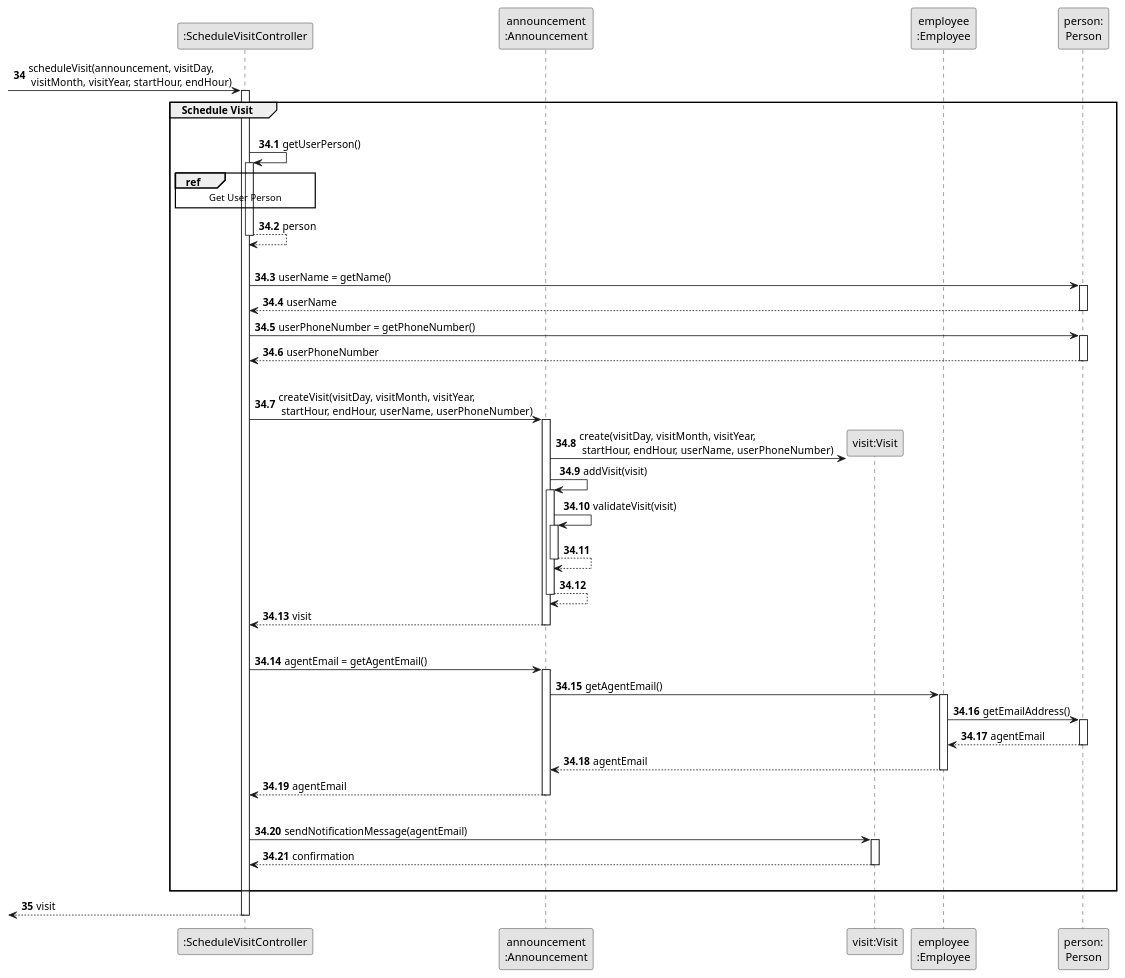
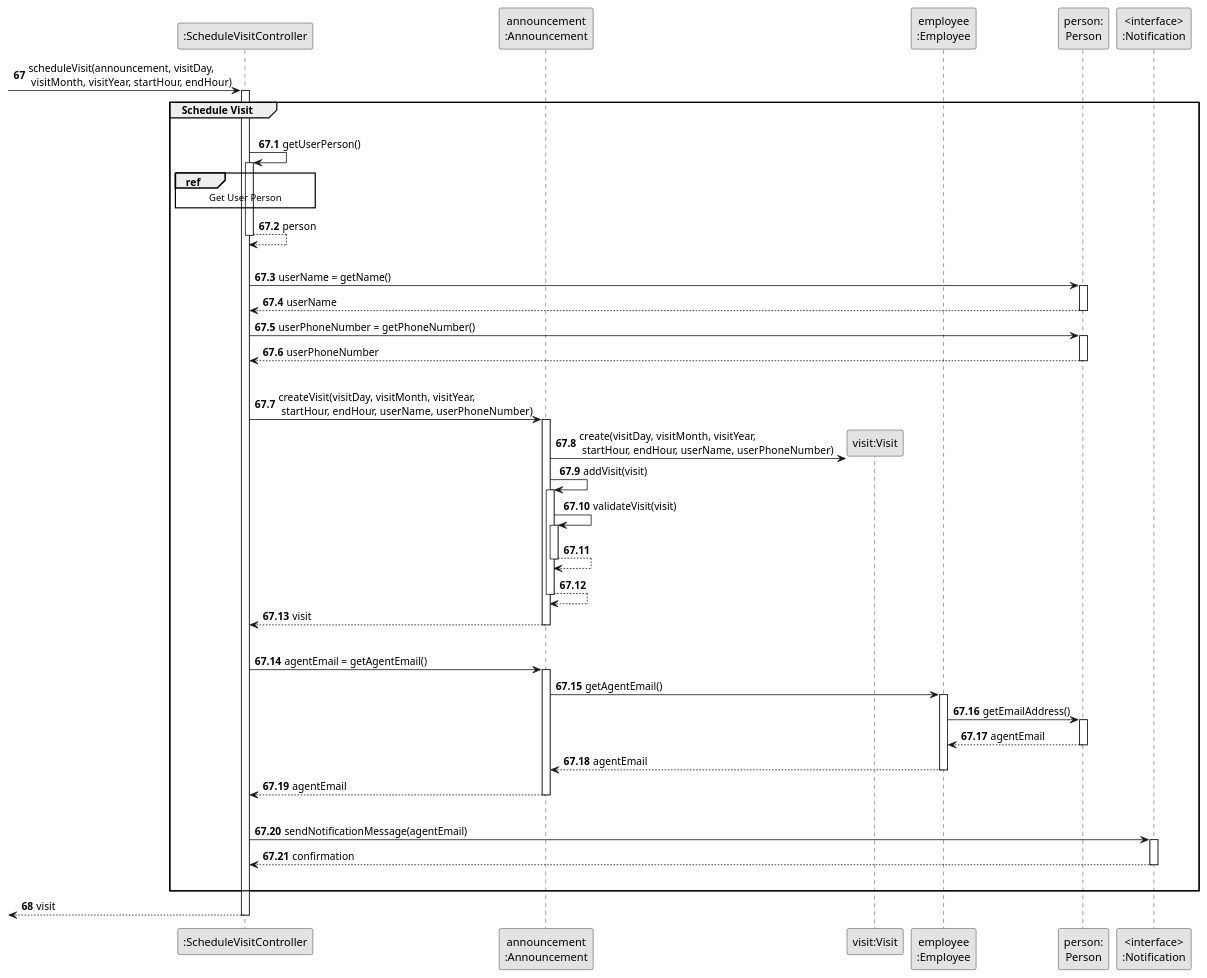
One commit to rita-barbosa/LAPR2-2223 changed the diagram in docs/sprintD/us009/03.design/puml/us009-sequence-diagram-partial-schedule-visit.puml. Above: the diagram before and after it, drawn with PlantUML. The commit also changed 20 other files, not shown here.

```diff
--- a/docs/sprintD/us009/03.design/puml/us009-sequence-diagram-partial-schedule-visit.puml
+++ b/docs/sprintD/us009/03.design/puml/us009-sequence-diagram-partial-schedule-visit.puml
@@ -1,93 +1,94 @@
 @startuml
 skinparam monochrome true
 skinparam packageStyle rectangle
 skinparam shadowing false
 
 participant ":ScheduleVisitController" as CTRL
 participant "announcement\n:Announcement" as ANNOUNCE
 participant "visit:Visit" as VST
 participant "employee\n:Employee" as EMP
 participant "person:\nPerson" as PERSON
+participant "<interface>\n:Notification" as NOTIFICATION
 
 
-autonumber 34
+autonumber 67
 
     -> CTRL : scheduleVisit(announcement, visitDay,\n visitMonth, visitYear, startHour, endHour)
     activate CTRL
 
-    autonumber 34.1
+    autonumber 67.1
 
     group Schedule Visit
    |||
            CTRL -> CTRL : getUserPerson()
            activate CTRL
                ref over CTRL
                    Get User Person
                end ref
                CTRL --> CTRL : person
            deactivate CTRL
 |||
     CTRL -> PERSON : userName = getName()
     activate PERSON
 
         PERSON --> CTRL : userName
     deactivate PERSON
 
 
     CTRL -> PERSON : userPhoneNumber = getPhoneNumber()
     activate PERSON
 
         PERSON --> CTRL : userPhoneNumber
     deactivate PERSON
 |||
     CTRL -> ANNOUNCE : createVisit(visitDay, visitMonth, visitYear,\n startHour, endHour, userName, userPhoneNumber)
     activate ANNOUNCE
 
     ANNOUNCE -> VST** : create(visitDay, visitMonth, visitYear,\n startHour, endHour, userName, userPhoneNumber)
 
      ANNOUNCE -> ANNOUNCE : addVisit(visit)
      activate ANNOUNCE
 
      ANNOUNCE -> ANNOUNCE : validateVisit(visit)
      activate ANNOUNCE
 
         ANNOUNCE --> ANNOUNCE
      deactivate ANNOUNCE
 
      ANNOUNCE --> ANNOUNCE
      deactivate ANNOUNCE
 
         ANNOUNCE --> CTRL : visit
     deactivate ANNOUNCE
 |||
     CTRL -> ANNOUNCE: agentEmail = getAgentEmail()
     activate ANNOUNCE
 
     ANNOUNCE -> EMP : getAgentEmail()
     activate EMP
 
     EMP -> PERSON : getEmailAddress()
     activate PERSON
 
        PERSON --> EMP : agentEmail
     deactivate PERSON
 
        EMP --> ANNOUNCE : agentEmail
     deactivate EMP
 
        ANNOUNCE --> CTRL : agentEmail
     deactivate ANNOUNCE
 |||
-    CTRL -> VST : sendNotificationMessage(agentEmail)
-    activate VST
+    CTRL -> NOTIFICATION : sendNotificationMessage(agentEmail)
+    activate NOTIFICATION
 
-        VST --> CTRL : confirmation
-    deactivate VST
+        NOTIFICATION --> CTRL : confirmation
+    deactivate NOTIFICATION
 |||
     end group
 
-    autonumber 35
+    autonumber 68
         <-- CTRL : visit
     deactivate CTRL
 
 @enduml
```
